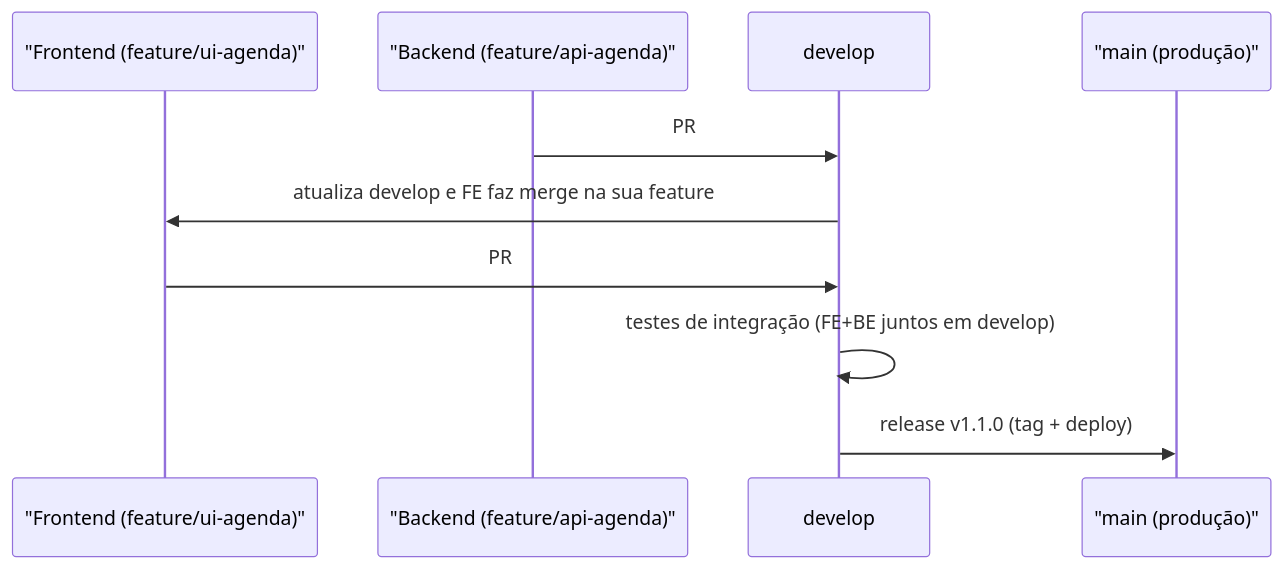
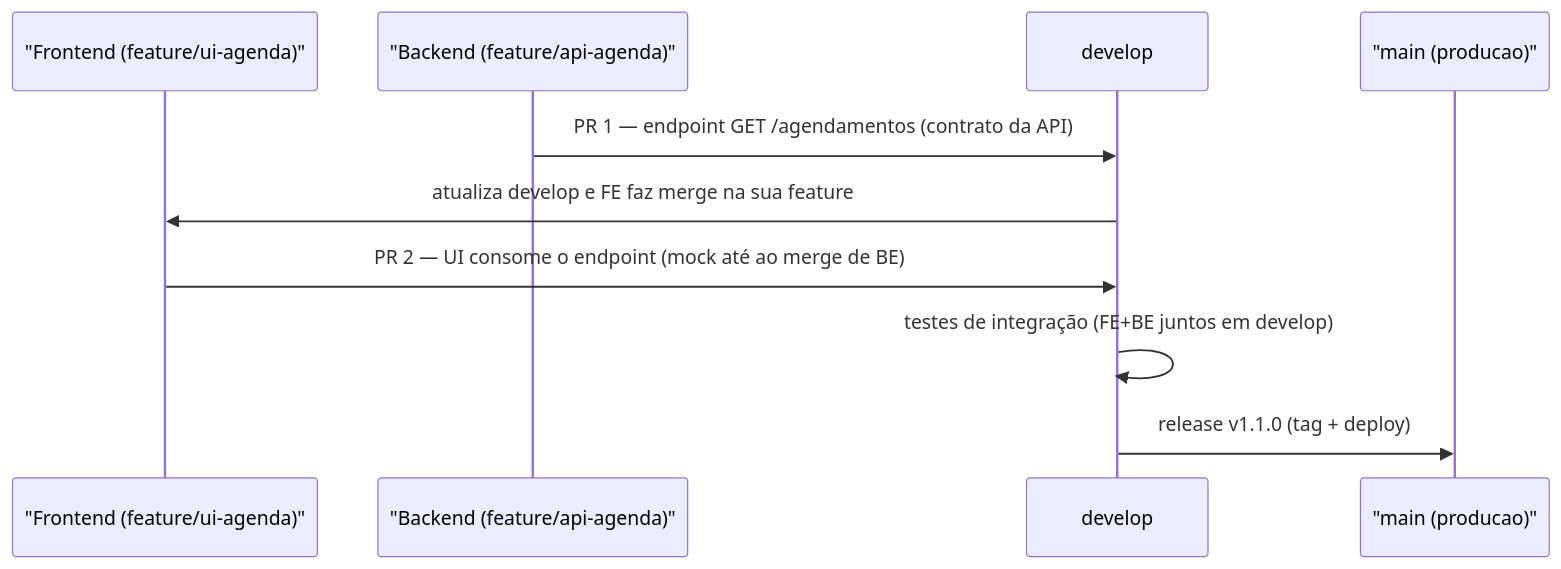
Before and after one commit to BerniloBernardo-boot/Git-e-GitHub: the second of 3 diagrams in 08-Workflows-Profissionais/02-Workflow-Cuidar-Angola.md, drawn with Mermaid. The commit also changed other lines of this file and 27 other files, not shown here.

````diff
--- a/08-Workflows-Profissionais/02-Workflow-Cuidar-Angola.md
+++ b/08-Workflows-Profissionais/02-Workflow-Cuidar-Angola.md
@@ -27,12 +35,12 @@
 ```mermaid
 sequenceDiagram
     participant FE as "Frontend (feature/ui-agenda)"
     participant BE as "Backend (feature/api-agenda)"
     participant D as develop
-    participant M as "main (produção)"
-    BE->>D: PR #1 — endpoint GET /agendamentos (contrato da API)
+    participant M as "main (producao)"
+    BE->>D: PR 1 — endpoint GET /agendamentos (contrato da API)
     D->>FE: atualiza develop e FE faz merge na sua feature
-    FE->>D: PR #2 — UI consome o endpoint (mock até ao merge de BE)
+    FE->>D: PR 2 — UI consome o endpoint (mock até ao merge de BE)
     D->>D: testes de integração (FE+BE juntos em develop)
     D->>M: release v1.1.0 (tag + deploy)
 ```
````
